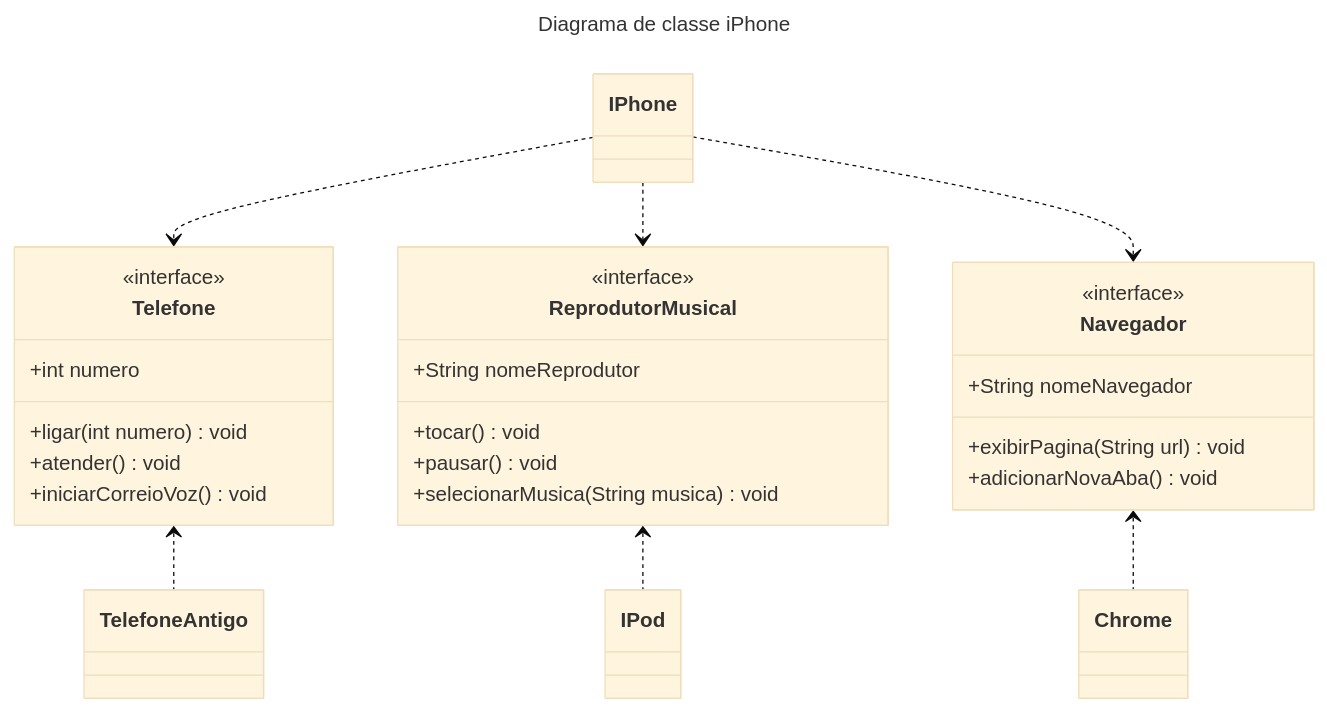
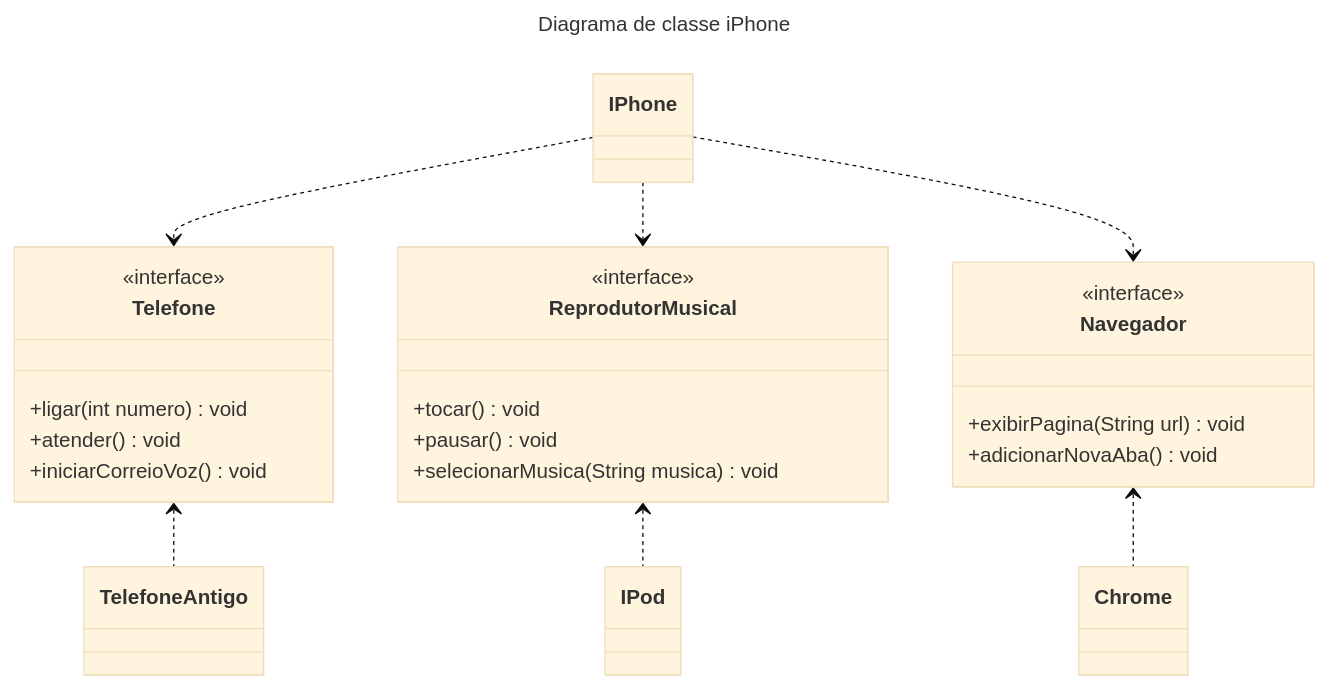
One commit to VitorFranca089/Diagrama-de-Classes-iPhone-DesafioDeProjeto changed the diagram in README.md. Above: the diagram before and after it, drawn with Mermaid (base theme). The commit also changed 2 other files, not shown here.

Commit message:
fix(diagram): diagram correction

````diff
--- a/README.md
+++ b/README.md
@@ -17,33 +17,30 @@
 ```mermaid
 ---
 title: Diagrama de classe iPhone
 ---
 classDiagram
 
     class ReprodutorMusical
     <<interface>> ReprodutorMusical
-        ReprodutorMusical: +String nomeReprodutor
         ReprodutorMusical: +tocar() void
         ReprodutorMusical: +pausar() void
         ReprodutorMusical: +selecionarMusica(String musica) void
     ReprodutorMusical <.. IPod
 
     class Telefone
     <<interface>> Telefone
-        Telefone: +int numero
         Telefone: +ligar(int numero) void
         Telefone: +atender() void
         Telefone: +iniciarCorreioVoz() void
     Telefone <.. TelefoneAntigo
 
     class Navegador
     <<interface>> Navegador
-        Navegador: +String nomeNavegador
         Navegador: +exibirPagina(String url) void
         Navegador: +adicionarNovaAba() void
     Navegador <.. Chrome
 
     IPhone ..> Telefone
     IPhone ..> ReprodutorMusical
     IPhone ..> Navegador
 ```
````
